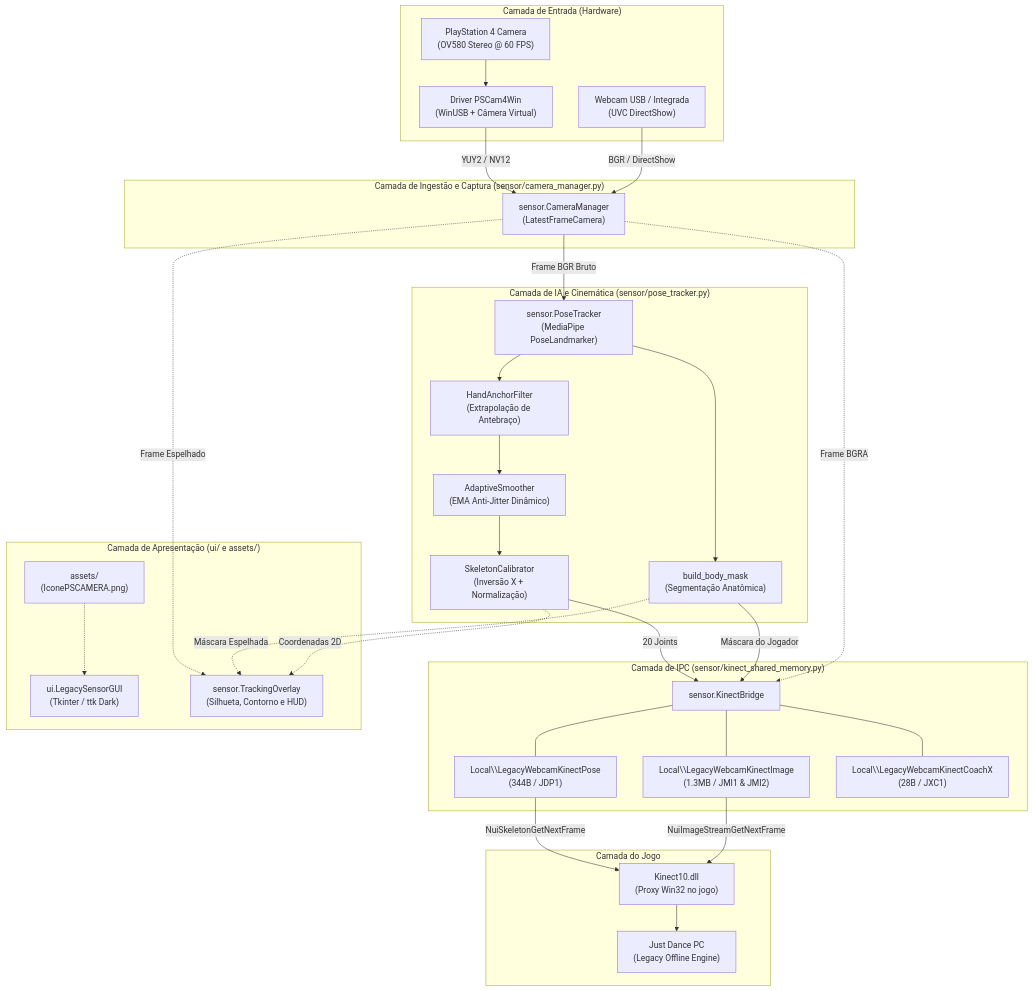
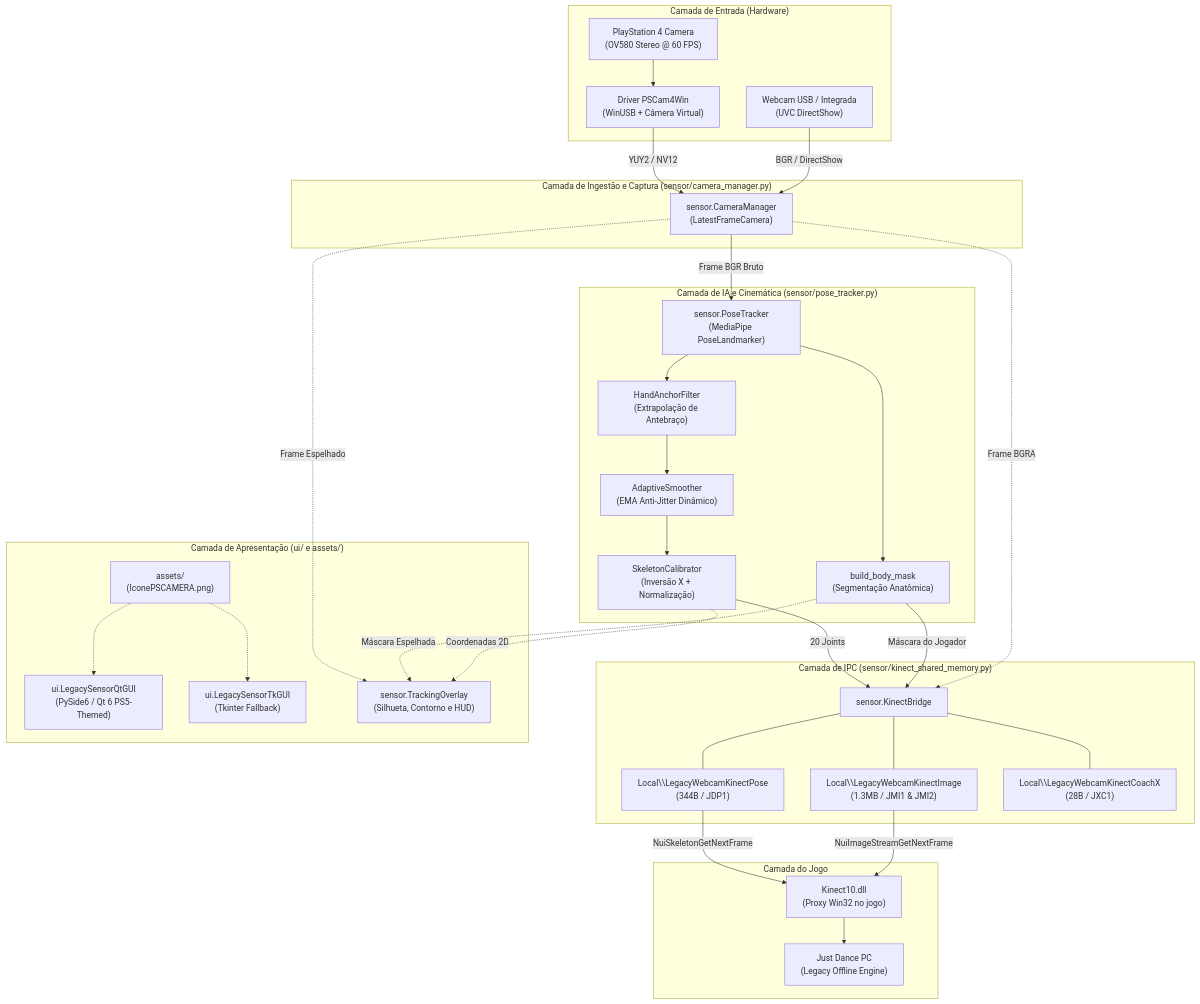
One commit to EddScissors42/LegacyPSCam_Sensor changed the diagram in docs/ARCHITECTURE.md. Above: the diagram before and after it, drawn with Mermaid. The commit also changed other lines of this file and 12 other files, not shown here.

Commit message:
feat(ui): implement modern PlayStation 5-themed PySide6 GUI with sliding tab animations

````diff
--- a/docs/ARCHITECTURE.md
+++ b/docs/ARCHITECTURE.md
@@ -42,62 +42,64 @@
 ```mermaid
 flowchart TD
     subgraph HARDWARE_LAYER["Camada de Entrada (Hardware)"]
         PS4CAM["PlayStation 4 Camera\n(OV580 Stereo @ 60 FPS)"]
         WEBCAM["Webcam USB / Integrada\n(UVC DirectShow)"]
         PSCAM_DRIVER["Driver PSCam4Win\n(WinUSB + Câmera Virtual)"]
         PS4CAM --> PSCAM_DRIVER
     end
 
     subgraph INGESTION_LAYER["Camada de Ingestão e Captura (sensor/camera_manager.py)"]
         CAM_MGR["sensor.CameraManager\n(LatestFrameCamera)"]
         PSCAM_DRIVER -->|YUY2 / NV12| CAM_MGR
         WEBCAM -->|BGR / DirectShow| CAM_MGR
     end
 
     subgraph VISION_LAYER["Camada de IA e Cinemática (sensor/pose_tracker.py)"]
         POSE_ENGINE["sensor.PoseTracker\n(MediaPipe PoseLandmarker)"]
         ANCHOR["HandAnchorFilter\n(Extrapolação de Antebraço)"]
         SMOOTHER["AdaptiveSmoother\n(EMA Anti-Jitter Dinâmico)"]
         CALIBRATOR["SkeletonCalibrator\n(Inversão X + Normalização)"]
         MASK_GEN["build_body_mask\n(Segmentação Anatômica)"]
         
         CAM_MGR -->|Frame BGR Bruto| POSE_ENGINE
         POSE_ENGINE --> ANCHOR
         ANCHOR --> SMOOTHER
         SMOOTHER --> CALIBRATOR
         POSE_ENGINE --> MASK_GEN
     end
 
     subgraph IPC_LAYER["Camada de IPC (sensor/kinect_shared_memory.py)"]
         BRIDGE["sensor.KinectBridge"]
         MEM_POSE["Local\\LegacyWebcamKinectPose\n(344B / JDP1)"]
         MEM_IMG["Local\\LegacyWebcamKinectImage\n(1.3MB / JMI1 & JMI2)"]
         MEM_COACH["Local\\LegacyWebcamKinectCoachX\n(28B / JXC1)"]
         
         CALIBRATOR -->|20 Joints| BRIDGE
         MASK_GEN -->|Máscara do Jogador| BRIDGE
         CAM_MGR -.->|Frame BGRA| BRIDGE
         
         BRIDGE --- MEM_POSE
         BRIDGE --- MEM_IMG
         BRIDGE --- MEM_COACH
     end
 
     subgraph GAME_LAYER["Camada do Jogo"]
         DLL["Kinect10.dll\n(Proxy Win32 no jogo)"]
         GAME["Just Dance PC\n(Legacy Offline Engine)"]
         MEM_POSE -->|NuiSkeletonGetNextFrame| DLL
         MEM_IMG -->|NuiImageStreamGetNextFrame| DLL
         DLL --> GAME
     end
 
     subgraph UI_LAYER["Camada de Apresentação (ui/ e assets/)"]
-        GUI["ui.LegacySensorGUI\n(Tkinter / ttk Dark)"]
+        GUI_QT["ui.LegacySensorQtGUI\n(PySide6 / Qt 6 PS5-Themed)"]
+        GUI_TK["ui.LegacySensorTkGUI\n(Tkinter Fallback)"]
         OVERLAY["sensor.TrackingOverlay\n(Silhueta, Contorno e HUD)"]
         ASSETS["assets/\n(IconePSCAMERA.png)"]
         CAM_MGR -.->|Frame Espelhado| OVERLAY
         MASK_GEN -.->|Máscara Espelhada| OVERLAY
         CALIBRATOR -.->|Coordenadas 2D| OVERLAY
-        ASSETS -.-> GUI
+        ASSETS -.-> GUI_QT
+        ASSETS -.-> GUI_TK
     end
 ```
````
